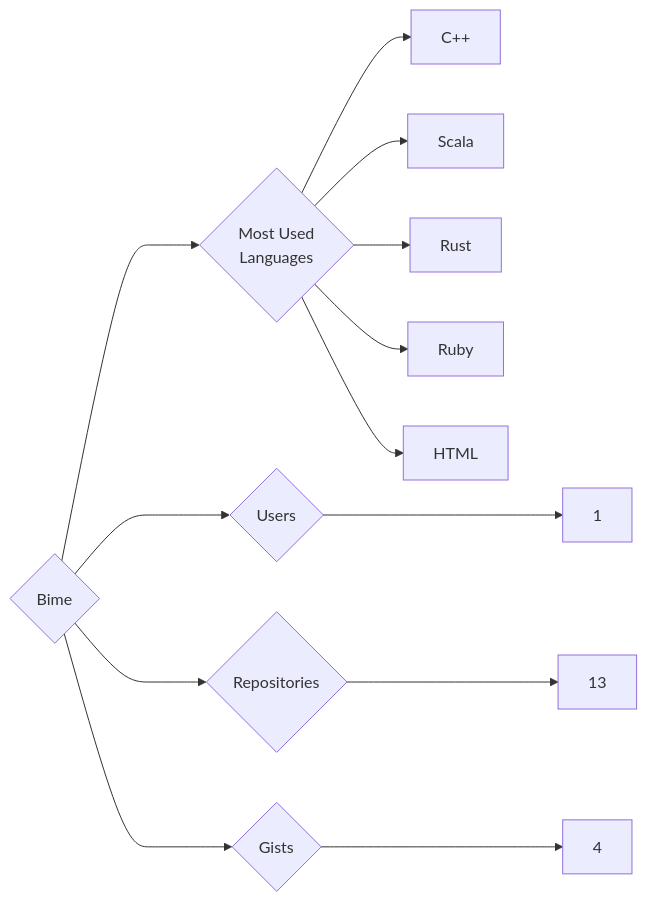
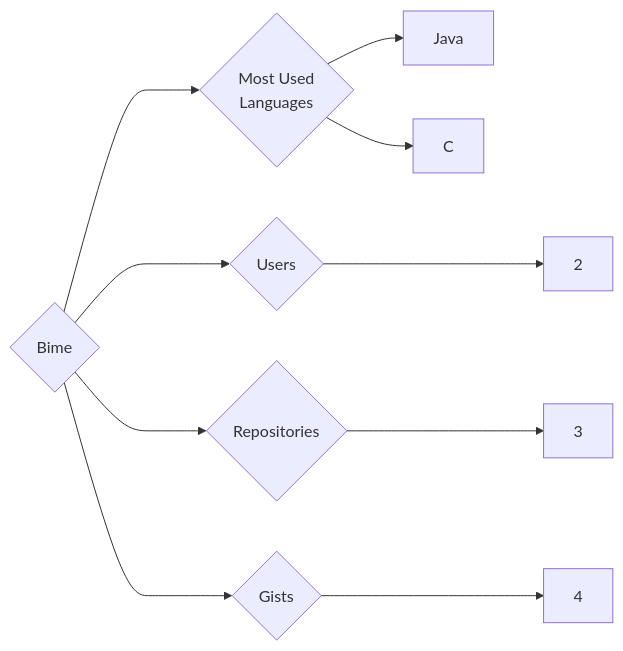
Before and after one commit to trickest/insiders: the diagram in targets/Bime/README.md, drawn with Mermaid. The commit also changed 1123 other files, not shown here.

````diff
--- a/targets/Bime/README.md
+++ b/targets/Bime/README.md
@@ -3,13 +3,10 @@
 ```mermaid
 graph LR
 COMPANY_NAME{Bime}
-COMPANY_NAME ---> U{Users} ---> UN[1]
-COMPANY_NAME ---> R{Repositories} ---> RN[13]
+COMPANY_NAME ---> U{Users} ---> UN[2]
+COMPANY_NAME ---> R{Repositories} ---> RN[3]
 COMPANY_NAME ---> G{Gists} ---> GN[4]
 COMPANY_NAME ---> ML{Most Used<br>Languages}
-ML --> C++[C++]
-ML --> Scala[Scala]
-ML --> Rust[Rust]
-ML --> Ruby[Ruby]
-ML --> HTML[HTML]
+ML --> Java[Java]
+ML --> C[C]
 ```
````
